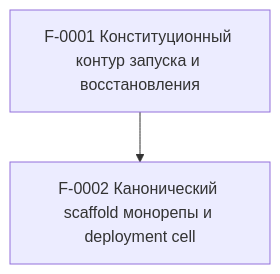
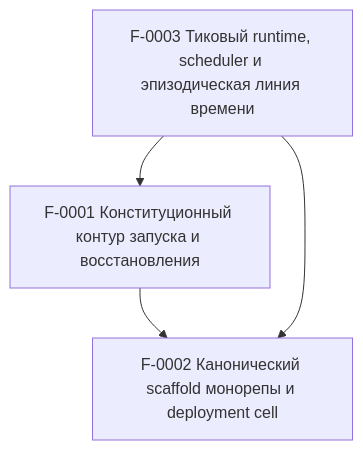
Before and after one commit to kostysh/yaagi: the diagram in docs/ssot/index.md, drawn with Mermaid. The commit also changed other lines of this file and 2 other files, not shown here.

Commit message:
docs: 📝 record F-0003 dossier completion
Mark CF-002 as intaken, add the F-0003 dossier, sync the SSOT index, and record implementation coverage and verification status for the completed feature.

````diff
--- a/docs/ssot/index.md
+++ b/docs/ssot/index.md
@@ -20,6 +21,9 @@
 ```mermaid
 graph TD
   F0001["F-0001 Конституционный контур запуска и восстановления"]
   F0002["F-0002 Канонический scaffold монорепы и deployment cell"]
+  F0003["F-0003 Тиковый runtime, scheduler и эпизодическая линия времени"]
   F0001 --> F0002
+  F0003 --> F0001
+  F0003 --> F0002
 ```
````
